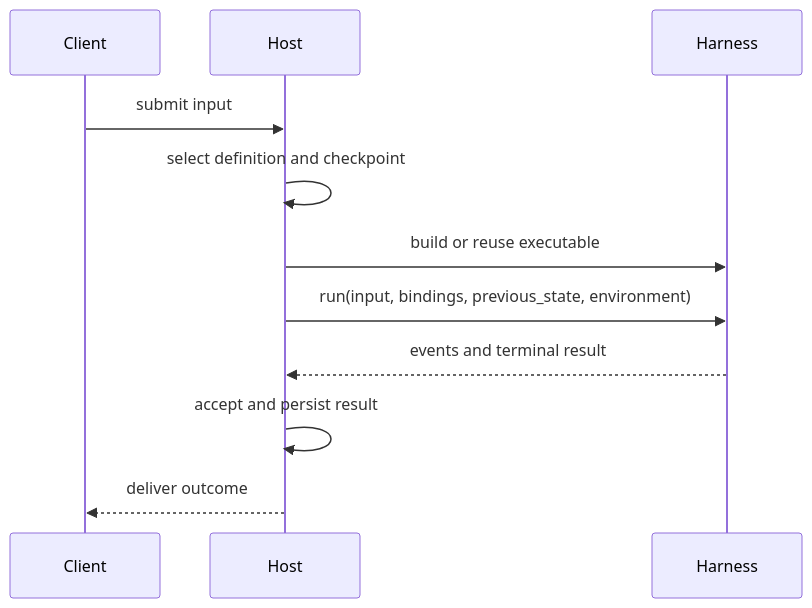
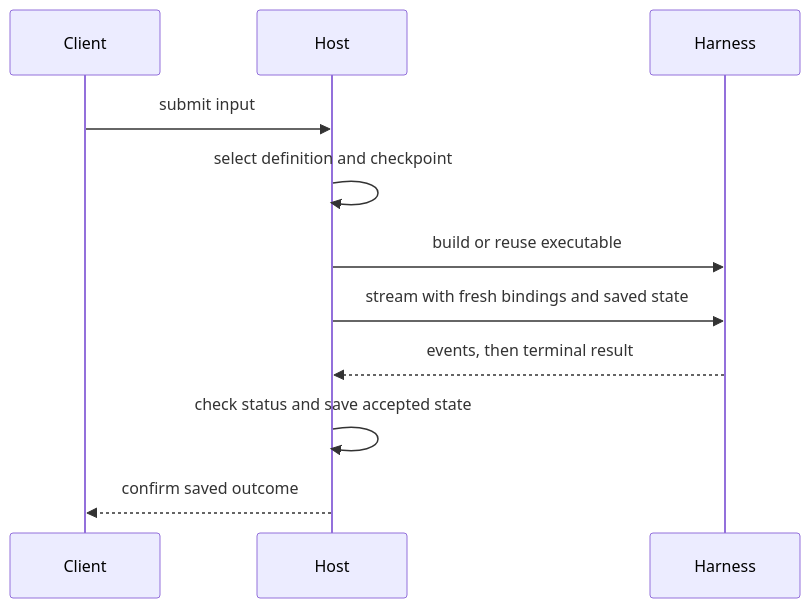
One commit to Jarvis636431/agent-foundation changed the diagram in docs/a13n-harness/hosting.md. Above: the diagram before and after it, drawn with Mermaid. The commit also changed other lines of this file and 202 other files, not shown here.

````diff
--- a/docs/a13n-harness/hosting.md
+++ b/docs/a13n-harness/hosting.md
@@ -10,16 +25,16 @@
 ```mermaid
 sequenceDiagram
     participant Client
     participant Host
     participant Harness
     Client->>Host: submit input
     Host->>Host: select definition and checkpoint
     Host->>Harness: build or reuse executable
-    Host->>Harness: run(input, bindings, previous_state, environment)
-    Harness-->>Host: events and terminal result
-    Host->>Host: accept and persist result
-    Host-->>Client: deliver outcome
+    Host->>Harness: stream with fresh bindings and saved state
+    Harness-->>Host: events, then terminal result
+    Host->>Host: check status and save accepted state
+    Host-->>Client: confirm saved outcome
 
     %% class Client,Host app
     %% class Harness a13n
 ```
````
